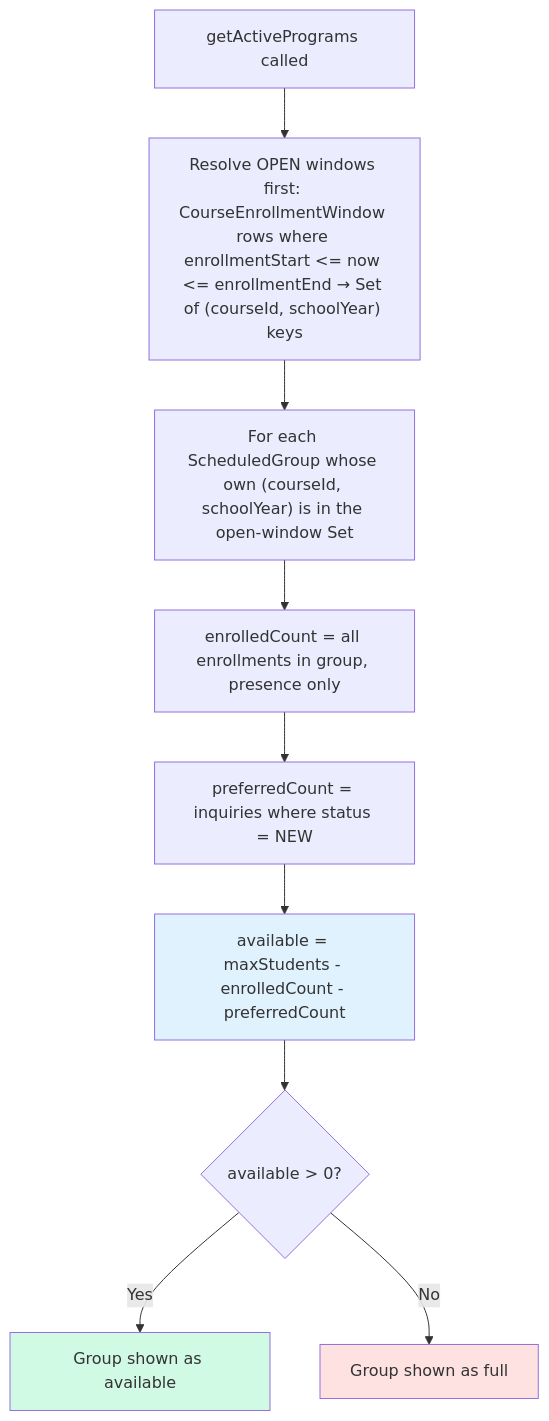
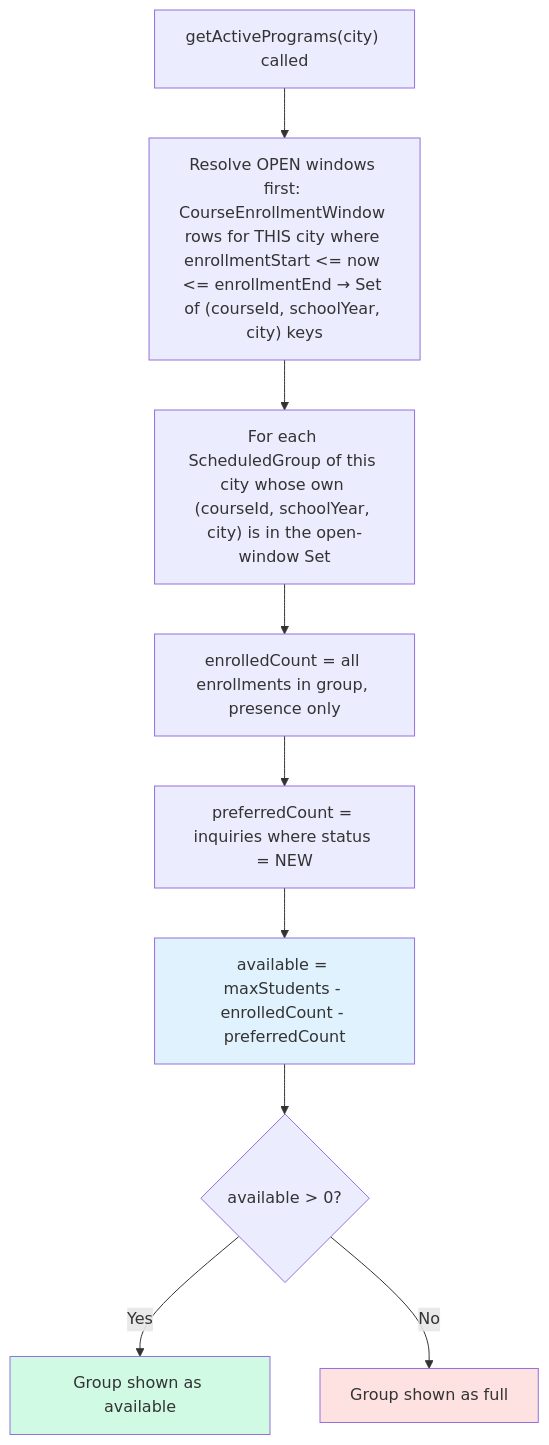
The third of 12 diagrams in docs/diagrams/enrollment-rules.md (jpucic00/inovatic), drawn with Mermaid before and after one commit. The commit also changed other lines of this file and 18 other files, not shown here.

````diff
--- a/docs/diagrams/enrollment-rules.md
+++ b/docs/diagrams/enrollment-rules.md
@@ -121,15 +125,15 @@
 ```mermaid
 flowchart TD
-    A[getActivePrograms called] --> A2["Resolve OPEN windows first: CourseEnrollmentWindow rows where enrollmentStart &lt;= now &lt;= enrollmentEnd → Set of (courseId, schoolYear) keys"]
-    A2 --> B["For each ScheduledGroup whose own (courseId, schoolYear) is in the open-window Set"]
+    A["getActivePrograms(city) called"] --> A2["Resolve OPEN windows first: CourseEnrollmentWindow rows for THIS city where enrollmentStart &lt;= now &lt;= enrollmentEnd → Set of (courseId, schoolYear, city) keys"]
+    A2 --> B["For each ScheduledGroup of this city whose own (courseId, schoolYear, city) is in the open-window Set"]
     B --> C[enrolledCount = all enrollments in group, presence only]
     C --> D[preferredCount = inquiries where status = NEW]
     D --> E["available = maxStudents - enrolledCount - preferredCount"]
     E --> F{available > 0?}
     F -->|Yes| SHOW[Group shown as available]
     F -->|No| FULL[Group shown as full]
 
     style SHOW fill:#d1fae5
     style FULL fill:#fee2e2
     style E fill:#e0f2fe
 ```
````
